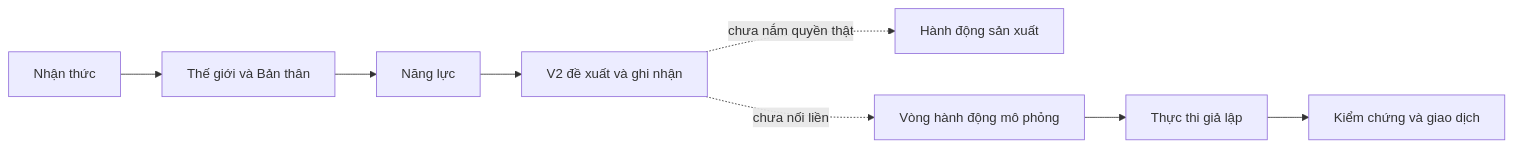
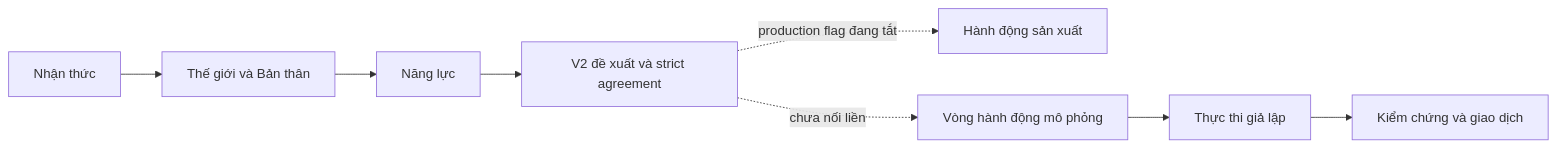
Before and after one commit to nguyenquang19/VTUBER_PROJECT: the fourth of 8 diagrams in v2.0/docs/MAI_V2_SYSTEM_SPEC.md, drawn with Mermaid. The commit also changed other lines of this file and 13 other files, not shown here.

````diff
--- a/v2.0/docs/MAI_V2_SYSTEM_SPEC.md
+++ b/v2.0/docs/MAI_V2_SYSTEM_SPEC.md
@@ -406,12 +408,12 @@
 ```mermaid
 flowchart LR
     A["Nhận thức"] --> B["Thế giới và Bản thân"]
     B --> C["Năng lực"]
-    C --> D["V2 đề xuất và ghi nhận"]
-    D -. "chưa nắm quyền thật" .-> E["Hành động sản xuất"]
+    C --> D["V2 đề xuất và strict agreement"]
+    D -. "production flag đang tắt" .-> E["Hành động sản xuất"]
 
     F["Vòng hành động mô phỏng"] --> G["Thực thi giả lập"]
     G --> H["Kiểm chứng và giao dịch"]
 
     D -. "chưa nối liền" .-> F
 ```
````
